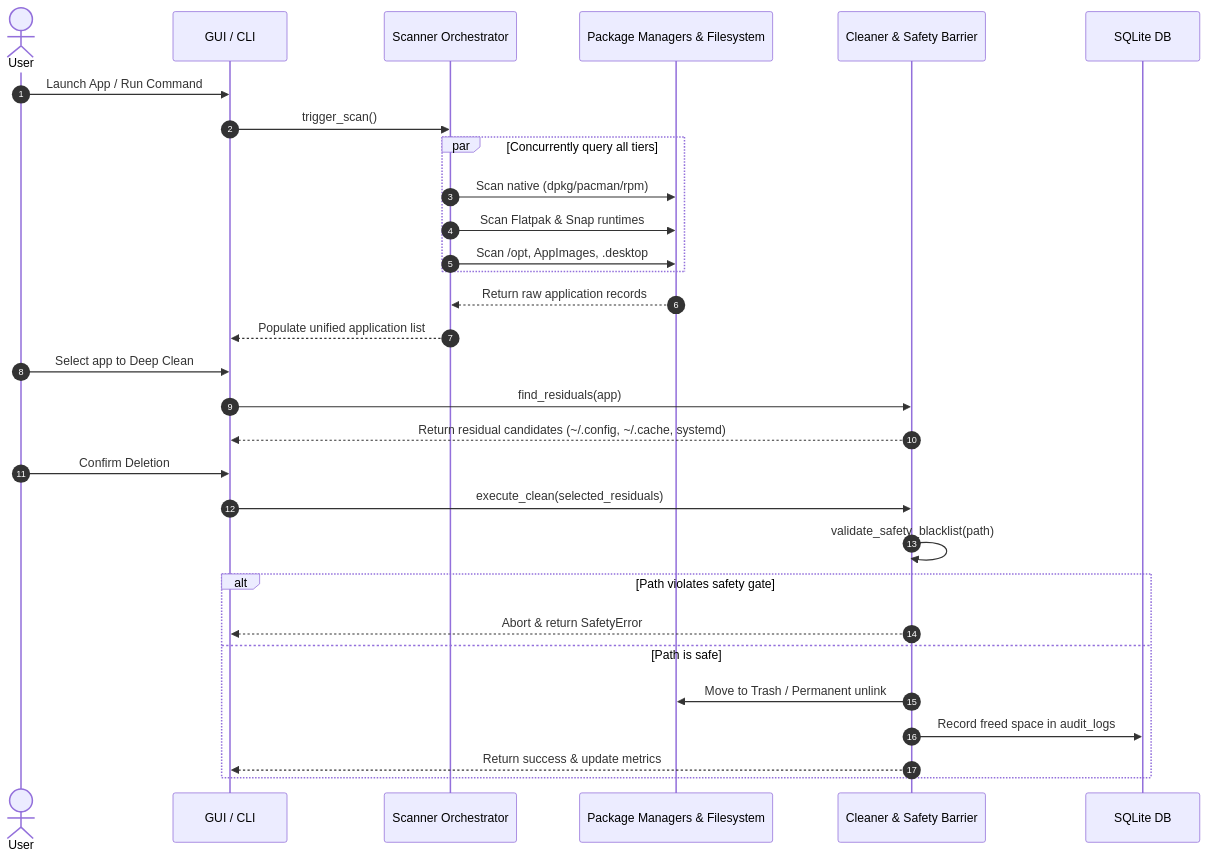
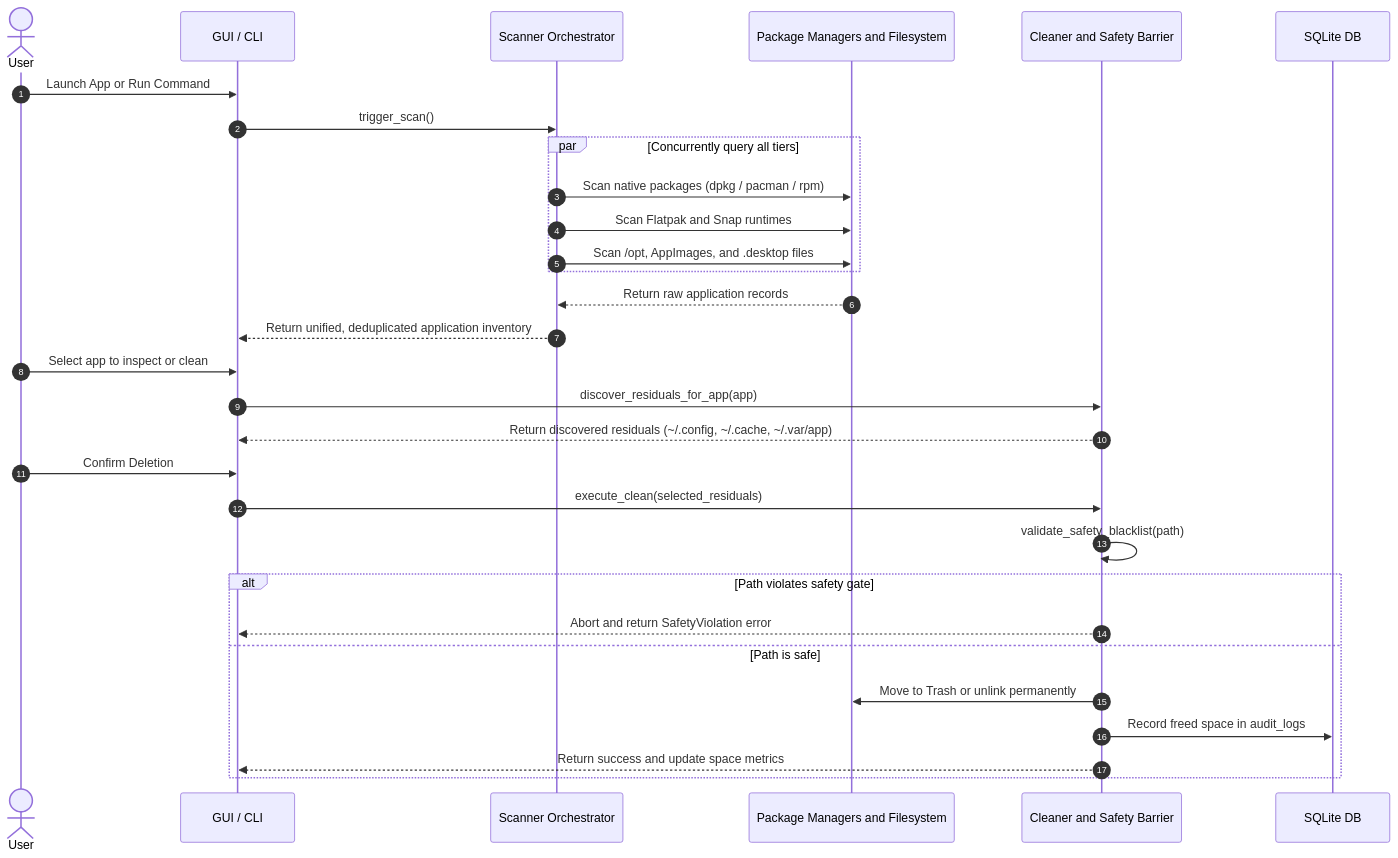
Before and after one commit to haydermuhib/SweepX: the third of 3 diagrams in ARCHITECTURE.md, drawn with Mermaid. The commit also changed other lines of this file and 2 other files, not shown here.

Commit message:
docs: humanize architecture and presentation guides, remove scrollbars from index.html

````diff
--- a/ARCHITECTURE.md
+++ b/ARCHITECTURE.md
@@ -174,35 +190,35 @@
 ```mermaid
 sequenceDiagram
     autonumber
     actor User
     participant UI as GUI / CLI
     participant Orch as Scanner Orchestrator
-    participant PM as Package Managers & Filesystem
-    participant Clean as Cleaner & Safety Barrier
+    participant PM as Package Managers and Filesystem
+    participant Clean as Cleaner and Safety Barrier
     participant DB as SQLite DB
 
-    User->>UI: Launch App / Run Command
+    User->>UI: Launch App or Run Command
     UI->>Orch: trigger_scan()
     par Concurrently query all tiers
-        Orch->>PM: Scan native (dpkg/pacman/rpm)
-        Orch->>PM: Scan Flatpak & Snap runtimes
-        Orch->>PM: Scan /opt, AppImages, .desktop
+        Orch->>PM: Scan native packages (dpkg / pacman / rpm)
+        Orch->>PM: Scan Flatpak and Snap runtimes
+        Orch->>PM: Scan /opt, AppImages, and .desktop files
     end
     PM-->>Orch: Return raw application records
-    Orch-->>UI: Populate unified application list
+    Orch-->>UI: Return unified, deduplicated application inventory
 
-    User->>UI: Select app to Deep Clean
-    UI->>Clean: find_residuals(app)
-    Clean-->>UI: Return residual candidates (~/.config, ~/.cache, systemd)
+    User->>UI: Select app to inspect or clean
+    UI->>Clean: discover_residuals_for_app(app)
+    Clean-->>UI: Return discovered residuals (~/.config, ~/.cache, ~/.var/app)
 
     User->>UI: Confirm Deletion
     UI->>Clean: execute_clean(selected_residuals)
     Clean->>Clean: validate_safety_blacklist(path)
     alt Path violates safety gate
-        Clean-->>UI: Abort & return SafetyError
+        Clean-->>UI: Abort and return SafetyViolation error
     else Path is safe
-        Clean->>PM: Move to Trash / Permanent unlink
+        Clean->>PM: Move to Trash or unlink permanently
         Clean->>DB: Record freed space in audit_logs
-        Clean-->>UI: Return success & update metrics
+        Clean-->>UI: Return success and update space metrics
     end
 ```
````
